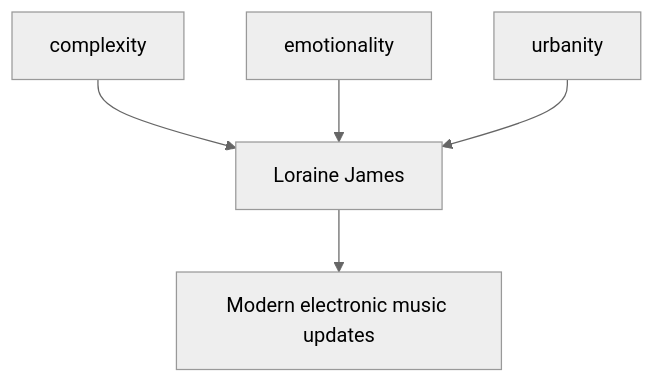
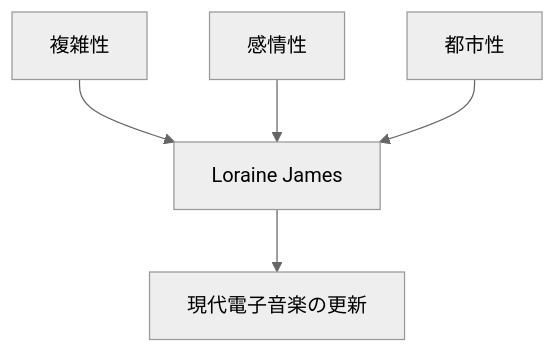
Before and after one commit to monumental-movement/monumental-movement.github.io: diagram 11 of 11 in en/_posts/2026-05-24-column-loraine-james.md, drawn with Mermaid (neutral theme). The commit also changed other lines of this file and 2196 other files, not shown here.

```diff
--- a/en/_posts/2026-05-24-column-loraine-james.md
+++ b/en/_posts/2026-05-24-column-loraine-james.md
@@ -382,7 +382,7 @@
 <div class="mermaid">
 graph TD
-A[complexity] --> D[Loraine James]
-B[emotionality] --> D
-C[urbanity] --> D
-D --> E[Modern electronic music updates]
+A[複雑性] --> D[Loraine James]
+B[感情性] --> D
+C[都市性] --> D
+D --> E[現代電子音楽の更新]
 </div>
```
